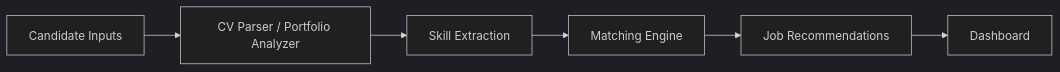
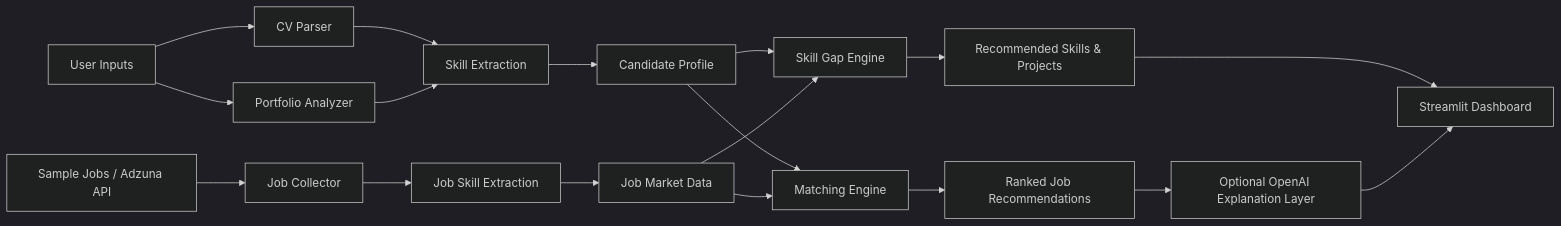
The diagram in README.md (KonQcs/CareerScope_AI), drawn with Mermaid (dark theme) before and after one commit. The commit also changed other lines of this file, not shown here.

````diff
--- a/README.md
+++ b/README.md
@@ -30,8 +100,20 @@
 ```mermaid
 flowchart LR
-    A["Candidate Inputs"] --> B["CV Parser / Portfolio Analyzer"]
-    B --> C["Skill Extraction"]
-    C --> D["Matching Engine"]
-    D --> E["Job Recommendations"]
-    E --> F["Dashboard"]
+    A["User Inputs"] --> B["CV Parser"]
+    A --> C["Portfolio Analyzer"]
+    B --> D["Skill Extraction"]
+    C --> D
+    E["Sample Jobs / Adzuna API"] --> F["Job Collector"]
+    F --> G["Job Skill Extraction"]
+    D --> H["Candidate Profile"]
+    G --> I["Job Market Data"]
+    H --> J["Skill Gap Engine"]
+    I --> J
+    H --> K["Matching Engine"]
+    I --> K
+    J --> L["Recommended Skills & Projects"]
+    K --> M["Ranked Job Recommendations"]
+    M --> N["Optional OpenAI Explanation Layer"]
+    L --> O["Streamlit Dashboard"]
+    N --> O
 ```
````
